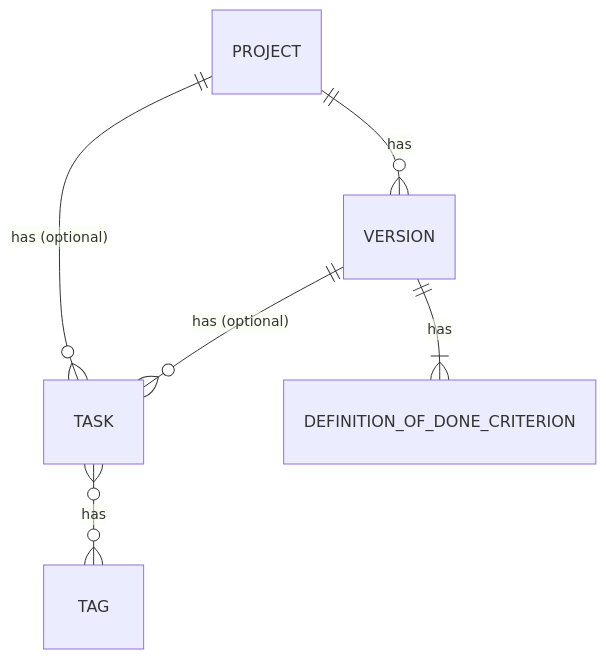
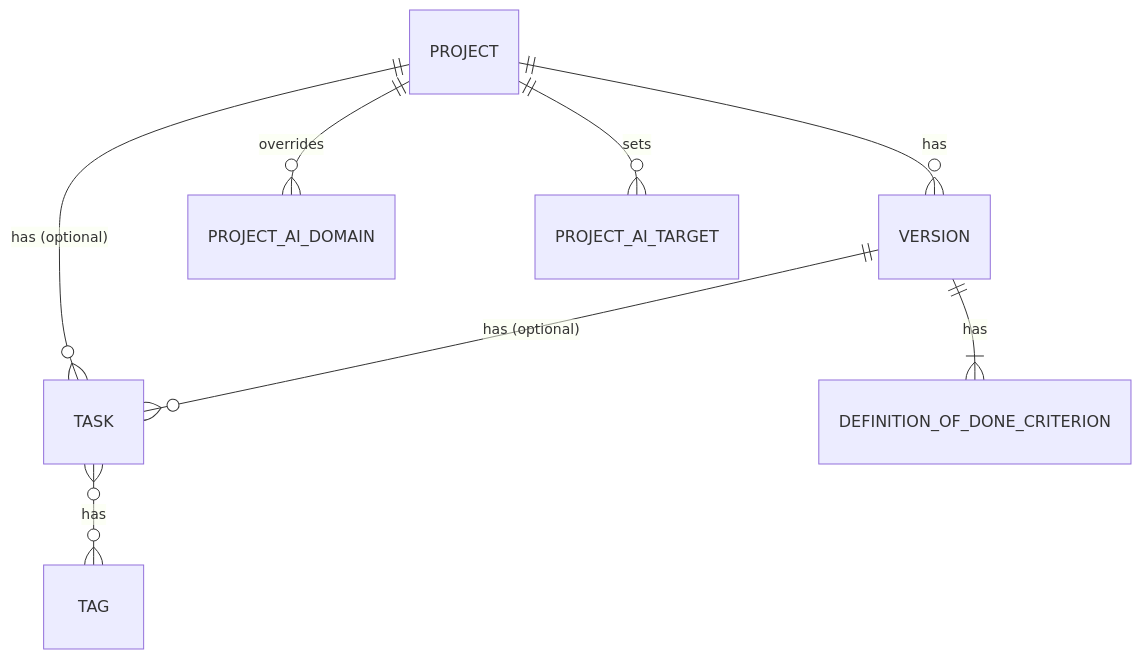
One commit to David-Bambi/nexus changed the first of 3 diagrams in docs/architecture/overview.md. Above: the diagram before and after it, drawn with Mermaid. The commit also changed other lines of this file and 13 other files, not shown here.

````diff
--- a/docs/architecture/overview.md
+++ b/docs/architecture/overview.md
@@ -13,8 +13,10 @@
 ```mermaid
 erDiagram
     PROJECT ||--o{ VERSION : has
     PROJECT ||--o{ TASK : "has (optional)"
     VERSION ||--o{ TASK : "has (optional)"
     VERSION ||--|{ DEFINITION_OF_DONE_CRITERION : has
     TASK }o--o{ TAG : has
+    PROJECT ||--o{ PROJECT_AI_DOMAIN : overrides
+    PROJECT ||--o{ PROJECT_AI_TARGET : sets
 ```
````
